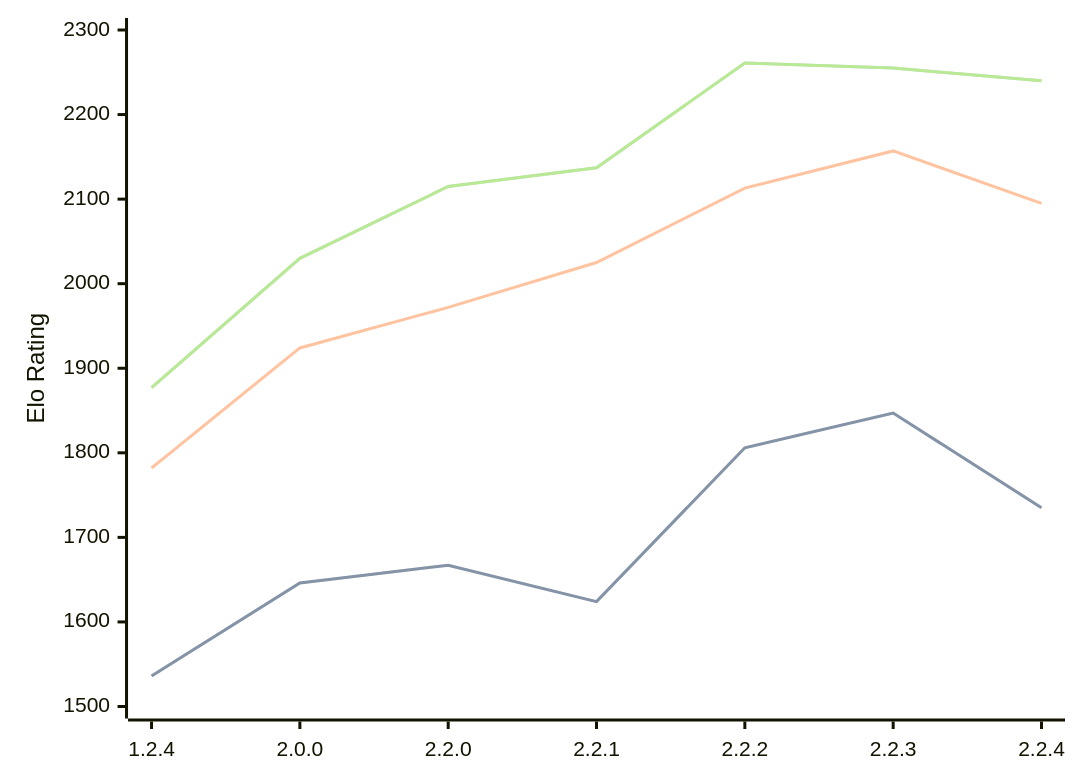
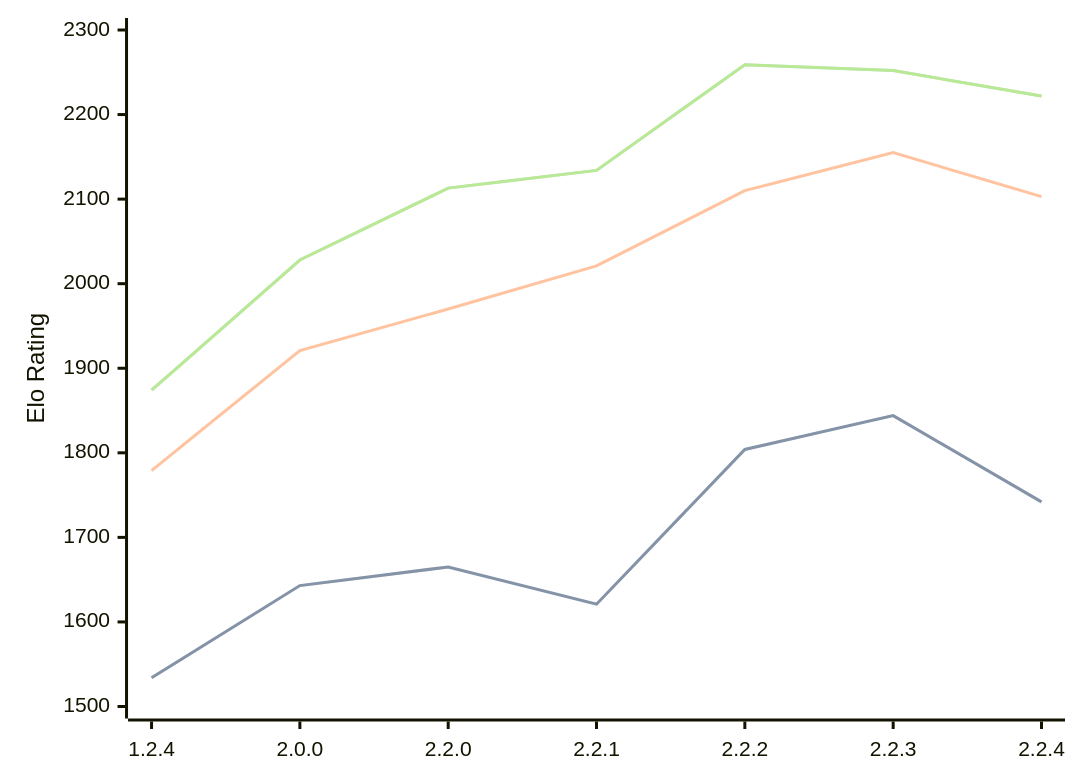
One commit to computer-chess-index/cci changed the diagram in engines/Kreveta.md. Above: the diagram before and after it, drawn with Mermaid. The commit also changed other lines of this file, not shown here.

Commit message:
Update CCI Ratings (ELO VLTC) - 2026-03-11

````diff
--- a/engines/Kreveta.md
+++ b/engines/Kreveta.md
@@ -38,11 +38,11 @@
 ```mermaid
 %%{init: {"theme":"base","themeVariables":{"seriesColors:['#a3a3a3','#222221','#faa371']}}}%%
 xychart-beta
   x-axis ["1.2.4", "2.0.0", "2.2.0", "2.2.1", "2.2.2", "2.2.3", "2.2.4"]
   y-axis "Elo Rating" 1500 --> 2300
-  line "STC (8.0+0.08s)" [1536, 1646, 1667, 1624, 1806, 1847, 1735]
-  line "STC (8.0+0.08s)" [1536, 1646, 1667, 1624, 1806, 1847, 1735]
-  line "LTC (60.0+0.60s)" [1782, 1924, 1972, 2025, 2113, 2157, 2095]
-  line "VLTC (2m24s+1.12s)" [1877, 2030, 2115, 2137, 2261, 2255, 2240]
-  line "VLTC (2m24s+1.12s)" [1877, 2030, 2115, 2137, 2261, 2255, 2240]
+  line "STC (8.0+0.08s)" [1534, 1643, 1665, 1621, 1804, 1844, 1742]
+  line "STC (8.0+0.08s)" [1534, 1643, 1665, 1621, 1804, 1844, 1742]
+  line "LTC (60.0+0.60s)" [1779, 1921, 1970, 2021, 2110, 2155, 2103]
+  line "VLTC (2m24s+1.12s)" [1874, 2028, 2113, 2134, 2259, 2252, 2222]
+  line "VLTC (2m24s+1.12s)" [1874, 2028, 2113, 2134, 2259, 2252, 2222]
 ```
````
